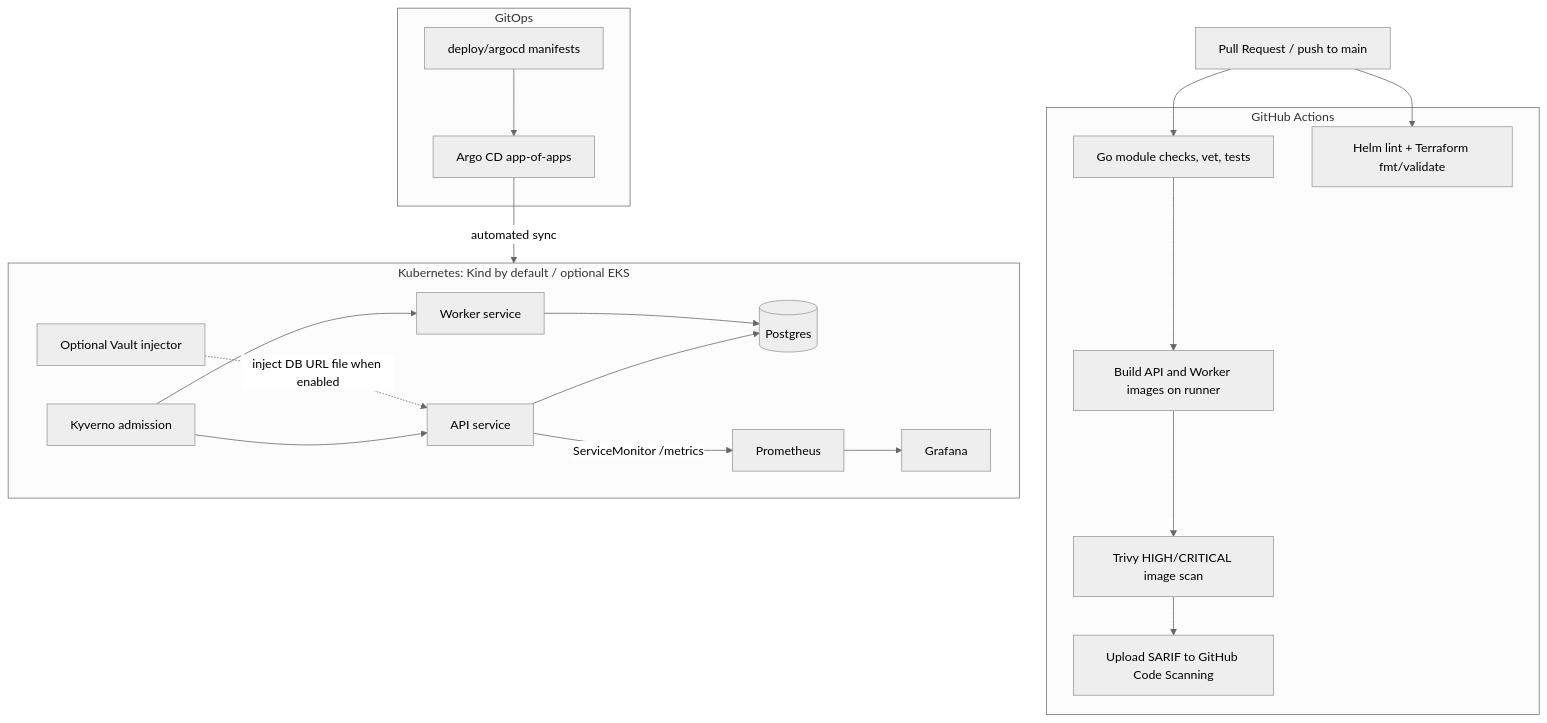
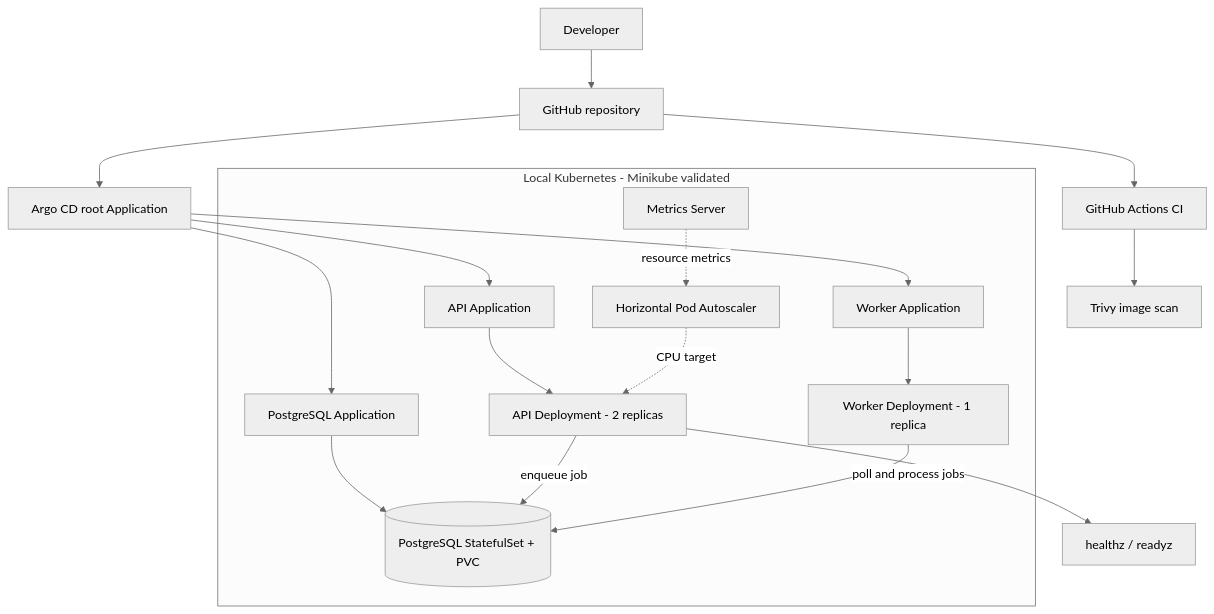
One commit to JOSH801251/devsecops-platform changed the diagram in README.md. Above: the diagram before and after it, drawn with Mermaid (neutral theme). The commit also changed other lines of this file, not shown here.

```diff
--- a/README.md
+++ b/README.md
@@ -18,42 +81,22 @@
 ~~~mermaid
 flowchart TB
-    PR[Pull Request / push to main]
+    Dev[Developer] --> Git[GitHub repository]
+    Git --> CI[GitHub Actions CI]
+    Git --> Root[Argo CD root Application]
+    Root --> ApiApp[API Application]
+    Root --> PgApp[PostgreSQL Application]
+    Root --> WorkerApp[Worker Application]
 
-    subgraph CI["GitHub Actions"]
-      Go[Go module checks, vet, tests]
-      Infra[Helm lint + Terraform fmt/validate]
-      Build[Build API and Worker images on runner]
-      Scan[Trivy HIGH/CRITICAL image scan]
-      Report[Upload SARIF to GitHub Code Scanning]
+    subgraph Cluster[Local Kubernetes - Minikube validated]
+      ApiApp --> API[API Deployment - 2 replicas]
+      PgApp --> PG[(PostgreSQL StatefulSet + PVC)]
+      WorkerApp --> Worker[Worker Deployment - 1 replica]
+      API -->|enqueue job| PG
+      Worker -->|poll and process jobs| PG
+      HPA[Horizontal Pod Autoscaler] -. CPU target .-> API
+      Metrics[Metrics Server] -. resource metrics .-> HPA
     end
 
-    PR --> Go
-    PR --> Infra
-    Go --> Build --> Scan --> Report
-
-    subgraph GitOps["GitOps"]
-      Repo[deploy/argocd manifests]
-      Argo[Argo CD app-of-apps]
-    end
-
-    Repo --> Argo
-    Argo -->|automated sync| K8s
-
-    subgraph K8s["Kubernetes: Kind by default / optional EKS"]
-      Admission[Kyverno admission]
-      API[API service]
-      Worker[Worker service]
-      PG[(Postgres)]
-      Vault[Optional Vault injector]
-      Prom[Prometheus]
-      Graf[Grafana]
-    end
-
-    Admission --> API
-    Admission --> Worker
-    API --> PG
-    Worker --> PG
-    Vault -.->|inject DB URL file when enabled| API
-    API -->|ServiceMonitor /metrics| Prom
-    Prom --> Graf
+    CI --> Scan[Trivy image scan]
+    API --> Health[healthz / readyz]
 ~~~
```
